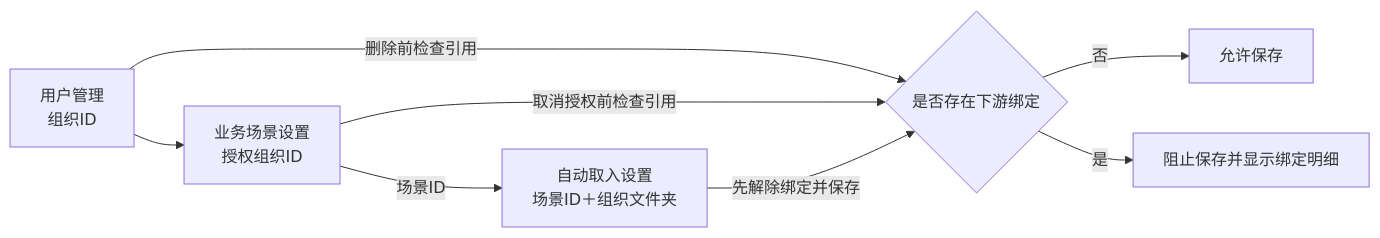
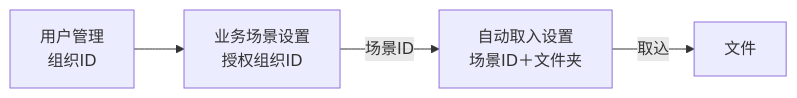
One commit to aruirage/Densan-Demo changed the second of 4 diagrams in demo/PRD.zh-CN.md. Above: the diagram before and after it, drawn with Mermaid. The commit also changed other lines of this file and 6 other files, not shown here.

First line of the commit message:
PRD：统一自动取入说明并补充递归/最长匹配图

````diff
--- a/demo/PRD.zh-CN.md
+++ b/demo/PRD.zh-CN.md
@@ -59,10 +59,6 @@
 ```mermaid
 flowchart LR
   O[用户管理<br/>组织ID] --> S[业务场景设置<br/>授权组织ID]
-  S -->|场景ID| W[自动取入设置<br/>场景ID＋组织文件夹]
-  O -->|删除前检查引用| C{是否存在下游绑定}
-  S -->|取消授权前检查引用| C
-  C -->|否| OK[允许保存]
-  C -->|是| NG[阻止保存并显示绑定明细]
-  W -->|先解除绑定并保存| C
+  S -->|场景ID| W[自动取入设置<br/>场景ID＋文件夹]
+  W -->|取込| F[文件]
 ```
````
